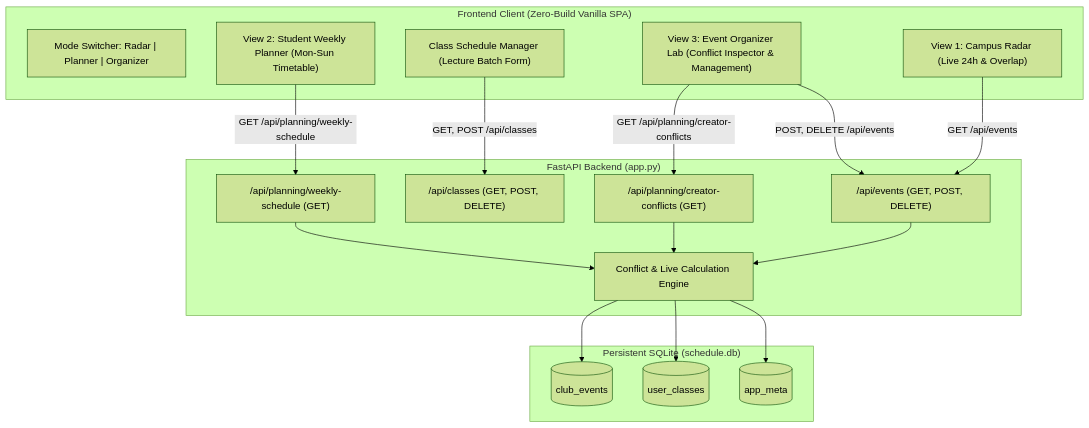
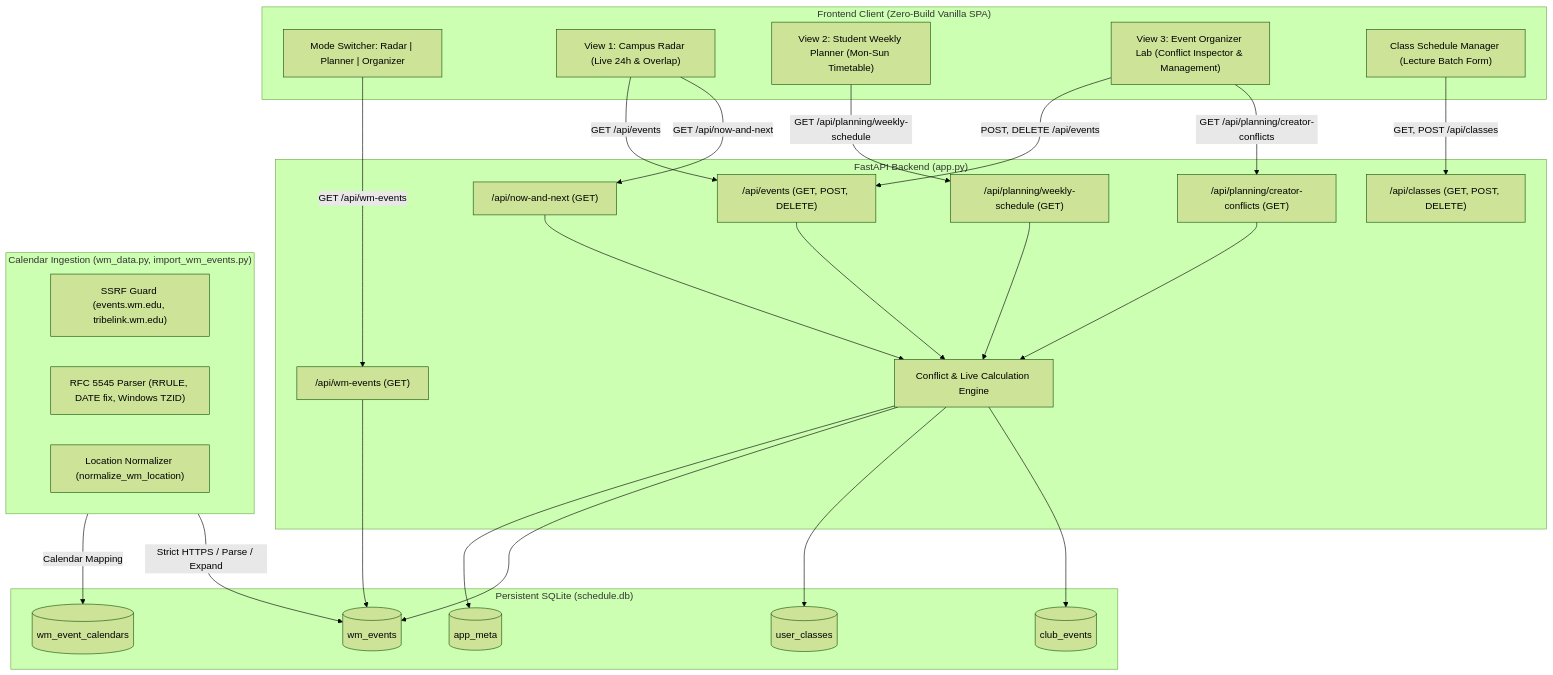
The first of 2 diagrams in ARCHITECTURE.md (alexbespik/AndEVENTS), drawn with Mermaid (forest theme) before and after one commit. The commit also changed other lines of this file and 9 other files, not shown here.

Commit message:
feat: Upgrade RFC 5545 parser, add TribeLink & campus feeds, interest tags, and Hallmark UI

````diff
--- a/ARCHITECTURE.md
+++ b/ARCHITECTURE.md
@@ -7,38 +7,56 @@
 ```mermaid
 graph TD
     subgraph Browser ["Frontend Client (Zero-Build Vanilla SPA)"]
         UI_Nav["Mode Switcher: Radar | Planner | Organizer"]
         UI_Radar["View 1: Campus Radar (Live 24h & Overlap)"]
         UI_Planner["View 2: Student Weekly Planner (Mon-Sun Timetable)"]
         UI_Organizer["View 3: Event Organizer Lab (Conflict Inspector & Management)"]
         UI_Sidebar["Class Schedule Manager (Lecture Batch Form)"]
     end
 
     subgraph Backend ["FastAPI Backend (app.py)"]
         API_Events["/api/events (GET, POST, DELETE)"]
         API_Classes["/api/classes (GET, POST, DELETE)"]
+        API_NowNext["/api/now-and-next (GET)"]
+        API_WMEvents["/api/wm-events (GET)"]
         API_Planning_Conflicts["/api/planning/creator-conflicts (GET)"]
         API_Planning_Weekly["/api/planning/weekly-schedule (GET)"]
         Engine["Conflict & Live Calculation Engine"]
     end
 
+    subgraph Ingestion ["Calendar Ingestion (wm_data.py, import_wm_events.py)"]
+        SSRF["SSRF Guard (events.wm.edu, tribelink.wm.edu)"]
+        Parser["RFC 5545 Parser (RRULE, DATE fix, Windows TZID)"]
+        NormLoc["Location Normalizer (normalize_wm_location)"]
+    end
+
     subgraph Storage ["Persistent SQLite (schedule.db)"]
         T_Events[("club_events")]
         T_Classes[("user_classes")]
+        T_WMEvents[("wm_events")]
+        T_WMCals[("wm_event_calendars")]
         T_Meta[("app_meta")]
     end
 
+    UI_Radar -->|GET /api/now-and-next| API_NowNext
     UI_Radar -->|GET /api/events| API_Events
     UI_Sidebar -->|GET, POST /api/classes| API_Classes
     UI_Planner -->|GET /api/planning/weekly-schedule| API_Planning_Weekly
     UI_Organizer -->|GET /api/planning/creator-conflicts| API_Planning_Conflicts
     UI_Organizer -->|POST, DELETE /api/events| API_Events
+    UI_Nav -->|GET /api/wm-events| API_WMEvents
 
+    Ingestion -->|Strict HTTPS / Parse / Expand| T_WMEvents
+    Ingestion -->|Calendar Mapping| T_WMCals
+
+    API_NowNext --> Engine
     API_Events --> Engine
     API_Planning_Conflicts --> Engine
     API_Planning_Weekly --> Engine
+    API_WMEvents --> T_WMEvents
 
     Engine --> T_Events
     Engine --> T_Classes
+    Engine --> T_WMEvents
     Engine --> T_Meta
 ```
````
